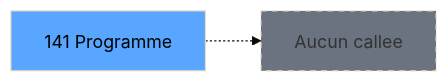
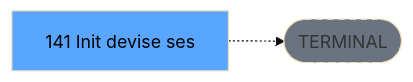
One commit to thonyAGP/lecteur-magic changed the third of 3 diagrams in .openspec/specs/ADH-IDE-141.md. Above: the diagram before and after it, drawn with Mermaid (base theme). The commit also changed other lines of this file and 701 other files, not shown here.

````diff
--- a/.openspec/specs/ADH-IDE-141.md
+++ b/.openspec/specs/ADH-IDE-141.md
@@ -141,8 +138,8 @@
 ```mermaid
 graph LR
-    T[141 Programme]
-    NONE[Aucun callee]
-    T -.-> NONE
+    T[141 Init devise ses]
+    TERM([TERMINAL])
+    T -.-> TERM
+    style TERM fill:#6b7280,stroke-dasharray: 5 5
     style T fill:#58a6ff,color:#000
-    style NONE fill:#6b7280,stroke-dasharray: 5 5
 ```
````
